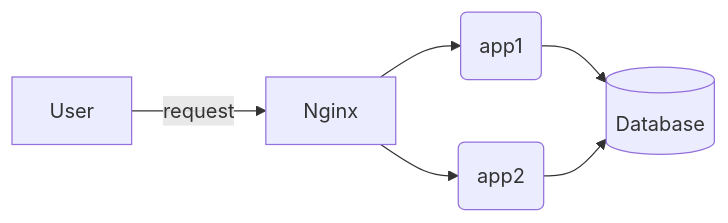
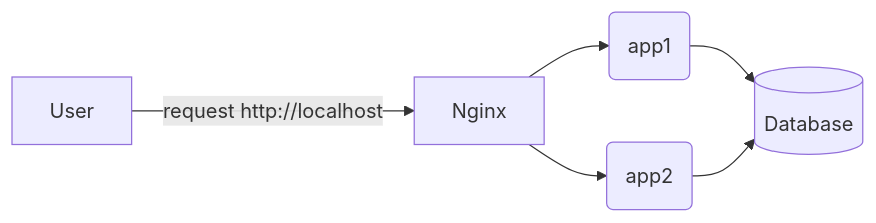
Before and after one commit to asouza/rinhadevbackend: the diagram in README.md, drawn with Mermaid.

````diff
--- a/README.md
+++ b/README.md
@@ -23,8 +23,8 @@
 ```mermaid
 flowchart LR
-    USER[User] -->|request| A[Nginx]
+    USER[User] -->|request http://localhost| A[Nginx]
     A[Nginx] --> B(app1)
     A[Nginx] --> C(app2)
     B(app1) --> D[(Database)]
     C(app2) --> D[(Database)]
 ```
````
